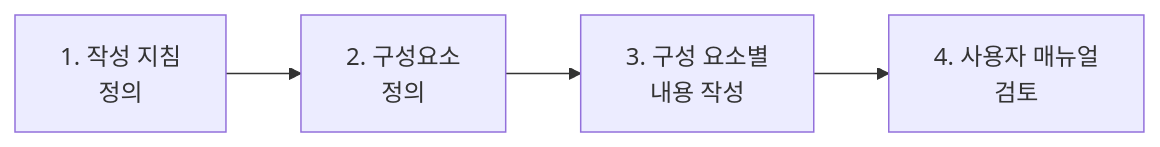
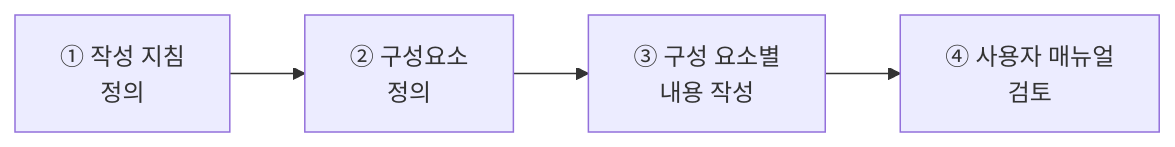
Before and after one commit to sungjin-dev/sungjin-dev.github.io: the sixth of 14 diagrams in _posts/2026-07-19-eip-application-packaging-study-2.md, drawn with Mermaid.

````diff
--- a/_posts/2026-07-19-eip-application-packaging-study-2.md
+++ b/_posts/2026-07-19-eip-application-packaging-study-2.md
@@ -363,6 +363,6 @@
 ```mermaid
 graph LR
-    A["1. 작성 지침<br>정의"] --> B["2. 구성요소<br>정의"]
-    B --> C["3. 구성 요소별<br>내용 작성"]
-    C --> D["4. 사용자 매뉴얼<br>검토"]
+    A["① 작성 지침<br>정의"] --> B["② 구성요소<br>정의"]
+    B --> C["③ 구성 요소별<br>내용 작성"]
+    C --> D["④ 사용자 매뉴얼<br>검토"]
 ```
````
